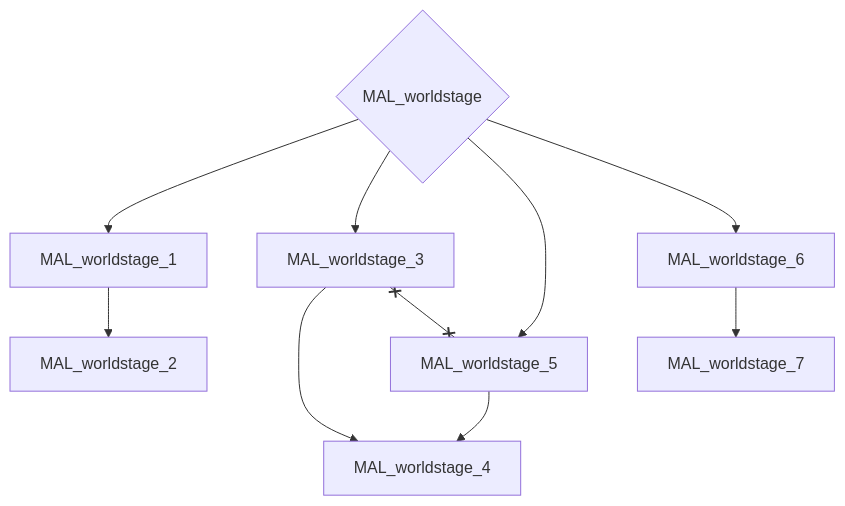
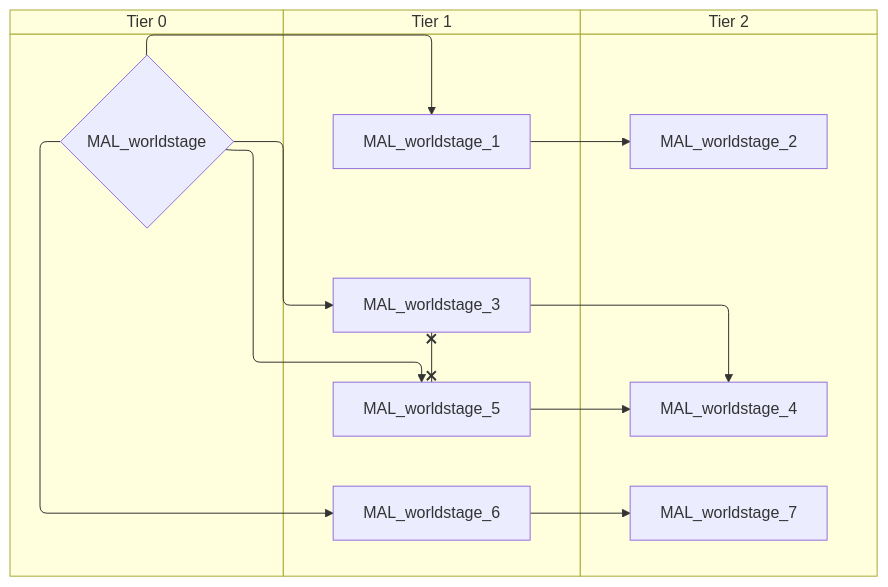
One commit to evgeny-sobol/hoi4-sandbox-mode-r56 changed the seventh of 7 diagrams in docs/gdd/National Focuses/r56/malaysia.md. Above: the diagram before and after it, drawn with Mermaid. The commit also changed other lines of this file and 423 other files, not shown here.

First line of the commit message:
Re-export Rt56 focus trees as swimlane diagrams

````diff
--- a/docs/gdd/National Focuses/r56/malaysia.md
+++ b/docs/gdd/National Focuses/r56/malaysia.md
@@ -293,20 +359,26 @@
 ```mermaid
-flowchart TD
-    n75{"MAL_worldstage"}
-    n76["MAL_worldstage_1"]
-    n77["MAL_worldstage_2"]
-    n78["MAL_worldstage_3"]
-    n79["MAL_worldstage_4"]
-    n80["MAL_worldstage_5"]
-    n81["MAL_worldstage_6"]
-    n82["MAL_worldstage_7"]
+swimlane-beta TD
+    subgraph tier_0["Tier 0"]
+        n75{"MAL_worldstage"}
+    end
+    subgraph tier_1["Tier 1"]
+        n76["MAL_worldstage_1"]
+        n77["MAL_worldstage_3"]
+        n78["MAL_worldstage_5"]
+        n79["MAL_worldstage_6"]
+    end
+    subgraph tier_2["Tier 2"]
+        n80["MAL_worldstage_2"]
+        n81["MAL_worldstage_4"]
+        n82["MAL_worldstage_7"]
+    end
     n75 --> n76
-    n76 --> n77
+    n76 --> n80
+    n75 --> n77
+    n77 --> n81
+    n78 --> n81
     n75 --> n78
-    n78 --> n79
-    n80 --> n79
-    n75 --> n80
-    n75 --> n81
-    n81 --> n82
-    n78 x--x n80
+    n75 --> n79
+    n79 --> n82
+    n77 x--x n78
 ```
````
